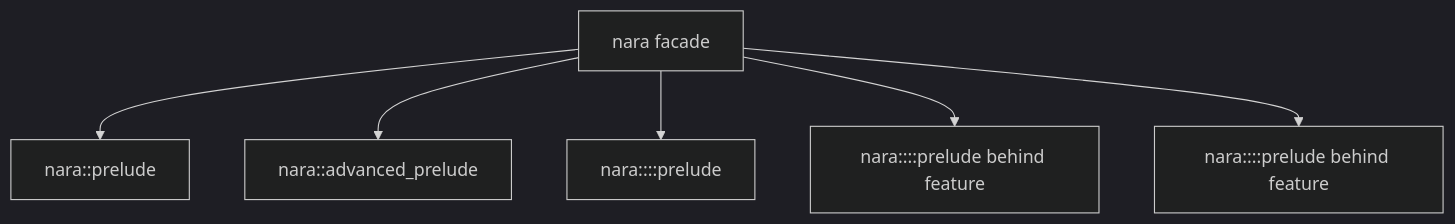
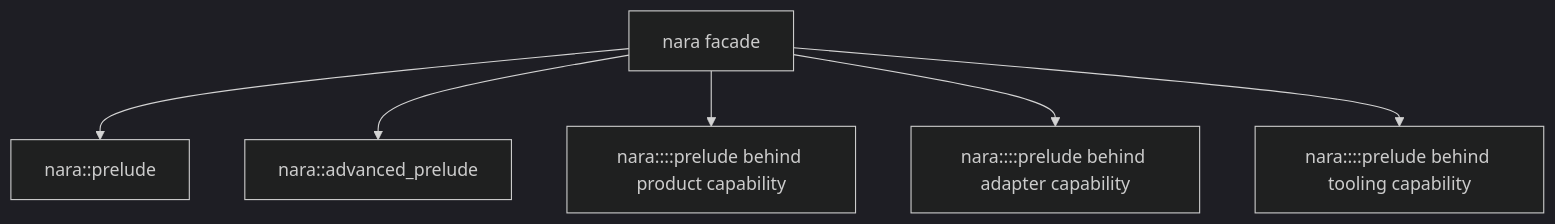
The diagram in docs/architecture/adr/0044-root-facade-and-prelude-layering-policy.md (Latias94/nara), drawn with Mermaid (dark theme) before and after one commit. The commit also changed other lines of this file and 25 other files, not shown here.

First line of the commit message:
docs(architecture): define product capability and task ownership

````diff
--- a/docs/architecture/adr/0044-root-facade-and-prelude-layering-policy.md
+++ b/docs/architecture/adr/0044-root-facade-and-prelude-layering-policy.md
@@ -23,8 +24,8 @@
 ```mermaid
 flowchart TD
     Root[nara facade] --> Gameplay[nara::prelude]
     Root --> Advanced[nara::advanced_prelude]
-    Root --> Domain[nara::<domain>::prelude]
-    Root --> Backend[nara::<backend>::prelude behind feature]
-    Root --> Tooling[nara::<tooling>::prelude behind feature]
+    Root --> Domain[nara::<domain>::prelude behind product capability]
+    Root --> Backend[nara::<backend>::prelude behind adapter capability]
+    Root --> Tooling[nara::<tooling>::prelude behind tooling capability]
 ```
````
